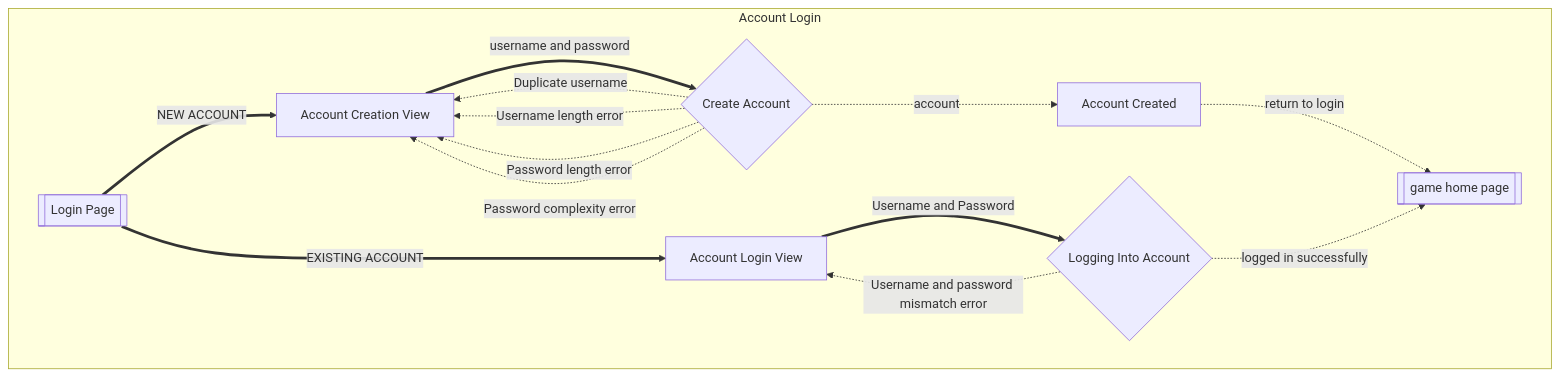
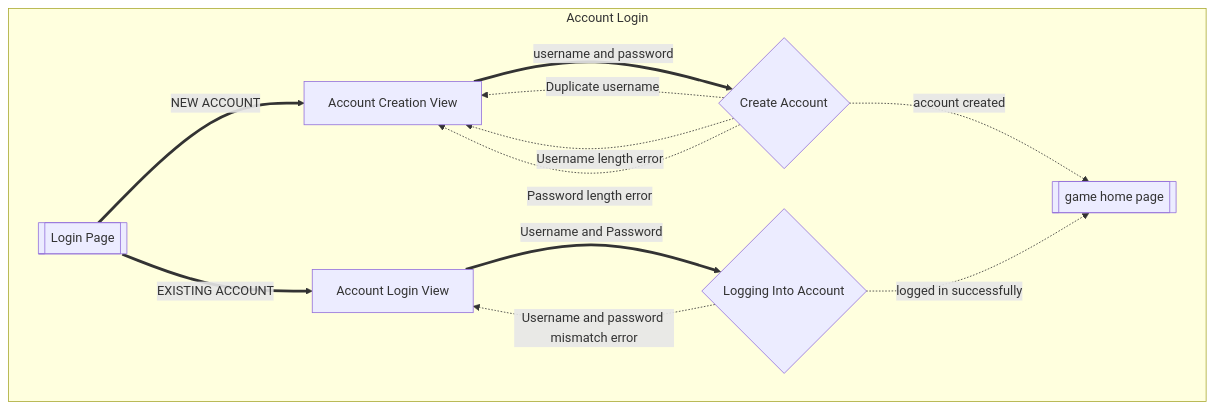
One commit to tsuki0272/Clicker_Project changed the first of 4 diagrams in flows.md. Above: the diagram before and after it, drawn with Mermaid. The commit also changed other lines of this file and 21 other files, not shown here.

First line of the commit message:
Add account persistence and login flow

````diff
--- a/flows.md
+++ b/flows.md
@@ -27,30 +27,26 @@
 ```mermaid
 flowchart
     subgraph Account Login
         
         loginPage[[Login Page]]
         loginPage == NEW ACCOUNT ==> newAccount
         loginPage == EXISTING ACCOUNT ==> existingAccount
 
         newAccount[Account Creation View]
         newAccount == username and password==> createAccountProcessing
         
         createAccountProcessing{Create Account}
         createAccountProcessing -. Duplicate username .-> newAccount
         createAccountProcessing -. Username length error .-> newAccount
         createAccountProcessing -. Password length error .-> newAccount
-        createAccountProcessing -. Password complexity error .-> newAccount
-        createAccountProcessing -. account .-> accountCreated
-
-        accountCreated[Account Created]
-        accountCreated -. return to login .-> loggedIn
+        createAccountProcessing -. account created .-> loggedIn
 
         existingAccount[Account Login View]
         existingAccount == Username and Password ==> loginProcessing
         loginProcessing{Logging Into Account}
         loginProcessing -. Username and password mismatch error .-> existingAccount
         loginProcessing -. logged in successfully .-> loggedIn
         
         loggedIn[[game home page]]
     end
 ```
````
